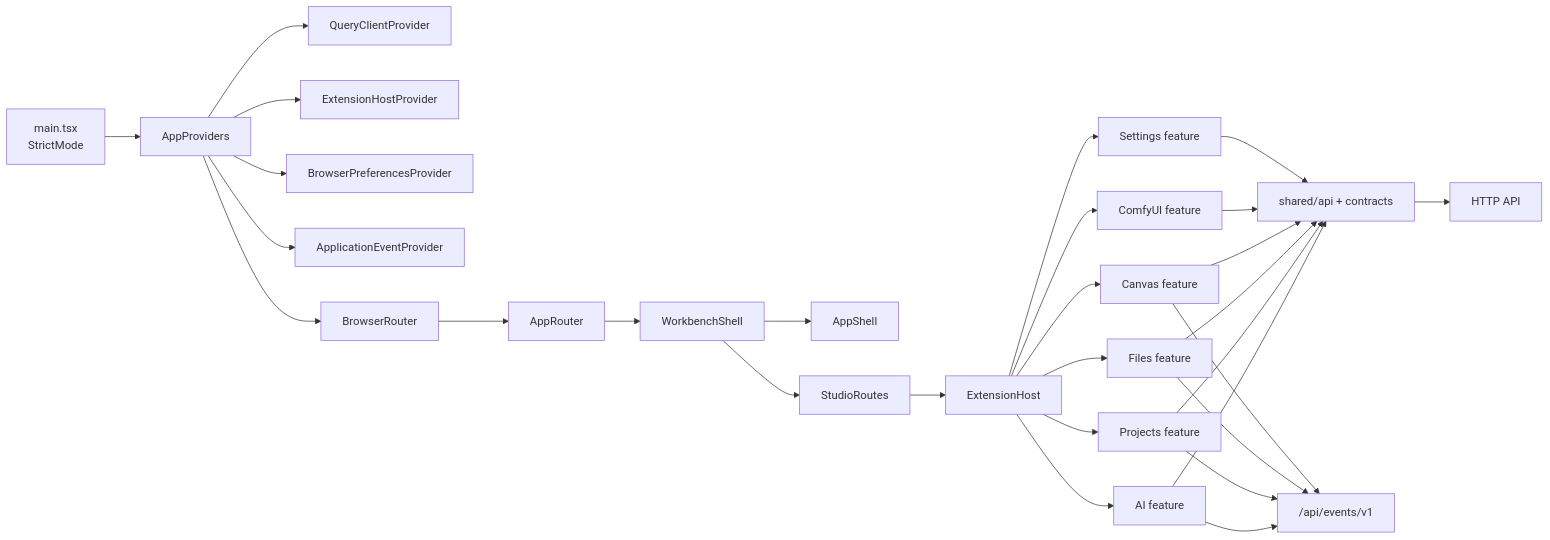
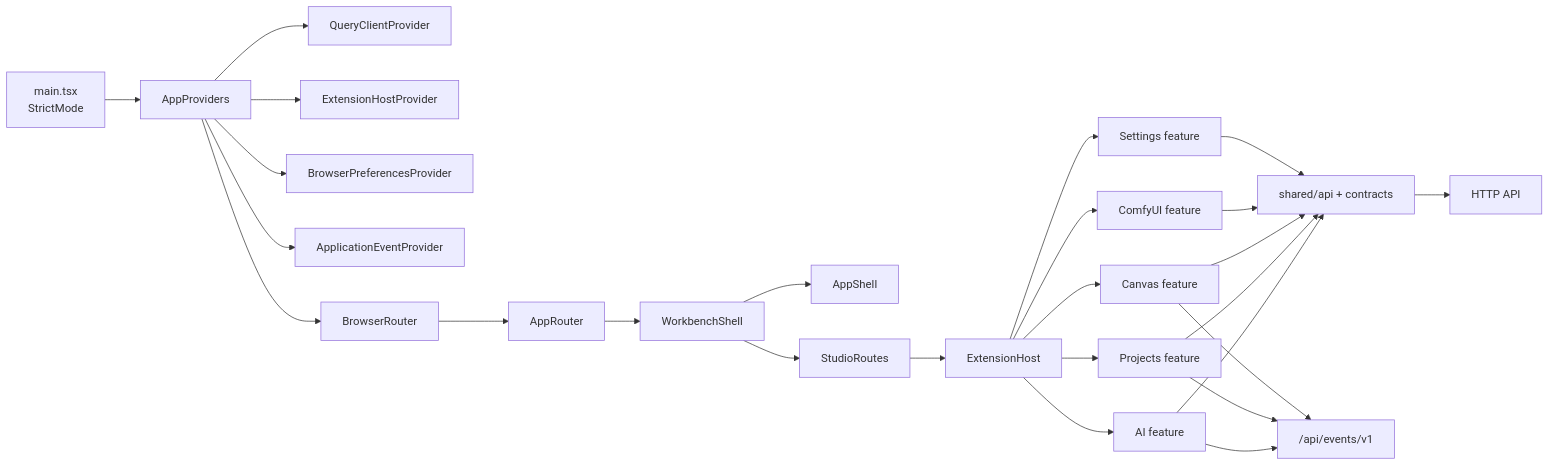
The first of 5 diagrams in docs/modules/frontend.md (fengwk/kk-studio), drawn with Mermaid before and after one commit. The commit also changed other lines of this file and 237 other files, not shown here.

Commit message:
refactor: remove CloudFS and consolidate schema

````diff
--- a/docs/modules/frontend.md
+++ b/docs/modules/frontend.md
@@ -55,31 +55,28 @@
 ```mermaid
 flowchart LR
   Main["main.tsx<br/>StrictMode"] --> Providers["AppProviders"]
   Providers --> Query["QueryClientProvider"]
   Providers --> HostProvider["ExtensionHostProvider"]
   Providers --> BrowserPrefs["BrowserPreferencesProvider"]
   Providers --> Events["ApplicationEventProvider"]
   Providers --> Router["BrowserRouter"]
   Router --> AppRouter["AppRouter"]
   AppRouter --> Workbench["WorkbenchShell"]
   Workbench --> Shell["AppShell"]
   Workbench --> Routes["StudioRoutes"]
   Routes --> Host["ExtensionHost"]
   Host --> AI["AI feature"]
   Host --> Projects["Projects feature"]
-  Host --> Files["Files feature"]
   Host --> Canvas["Canvas feature"]
   Host --> Comfy["ComfyUI feature"]
   Host --> Settings["Settings feature"]
   AI --> API["shared/api + contracts"]
   Projects --> API
-  Files --> API
   Canvas --> API
   Comfy --> API
   Settings --> API
   AI --> WS["/api/events/v1"]
   Projects --> WS
-  Files --> WS
   Canvas --> WS
   API --> Backend["HTTP API"]
 ```
````
